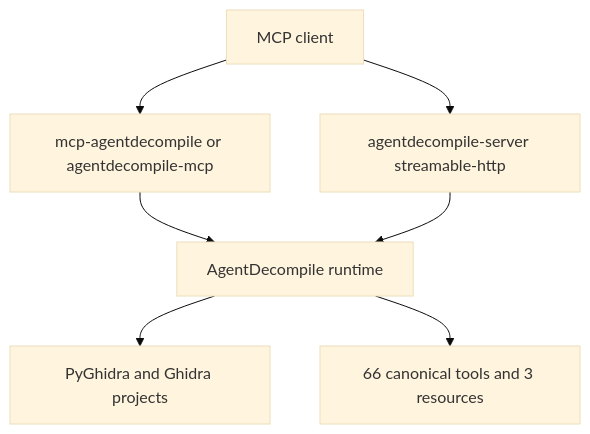
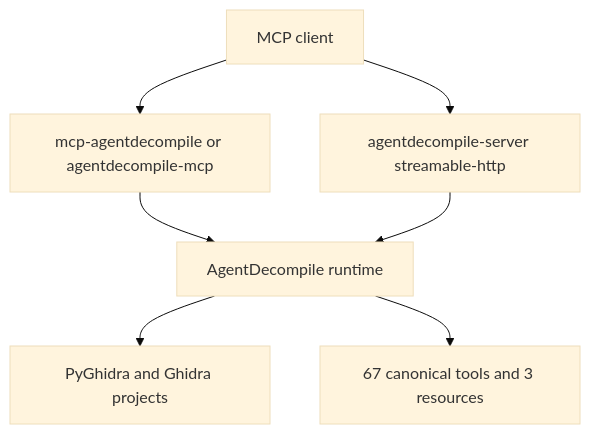
The first of 4 diagrams in README.md (bolabaden/AgentDecompile), drawn with Mermaid (base theme) before and after one commit. The commit also changed other lines of this file and 22 other files, not shown here.

````diff
--- a/README.md
+++ b/README.md
@@ -9,9 +9,9 @@
 ```mermaid
 flowchart TD
   A[MCP client] --> B[mcp-agentdecompile or agentdecompile-mcp]
   A --> C[agentdecompile-server streamable-http]
   B --> D[AgentDecompile runtime]
   C --> D
   D --> E[PyGhidra and Ghidra projects]
-  D --> F[66 canonical tools and 3 resources]
+  D --> F[67 canonical tools and 3 resources]
 ```
````
